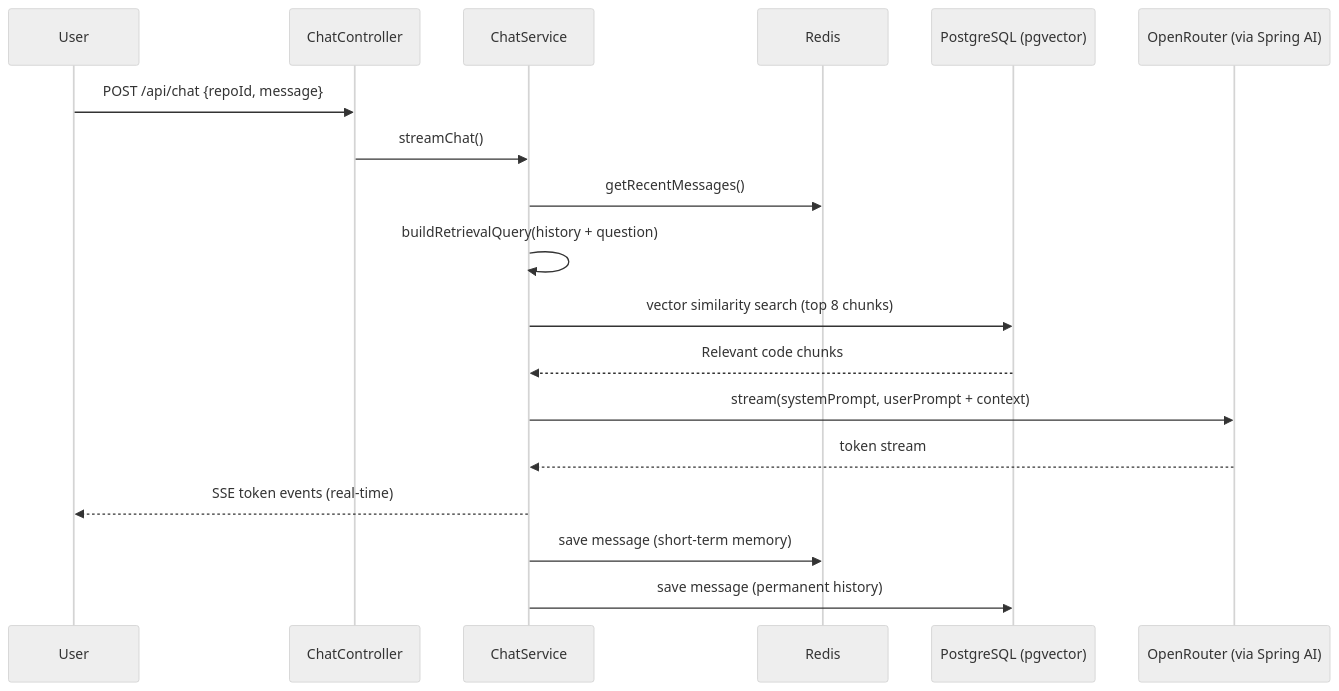
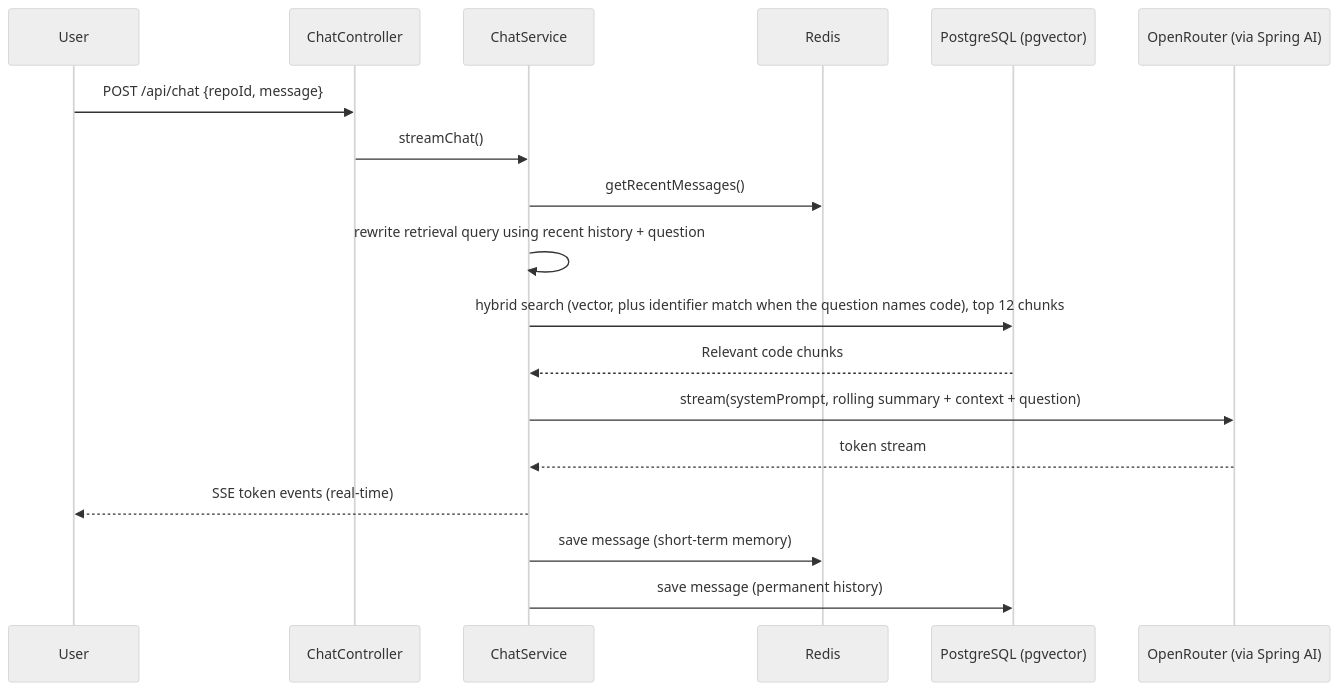
The third of 3 diagrams in README.md (2601Gautam/RepoMind), drawn with Mermaid (neutral theme) before and after one commit. The commit also changed other lines of this file and 146 other files, not shown here.

````diff
--- a/README.md
+++ b/README.md
@@ -176,21 +185,21 @@
 ```mermaid
 sequenceDiagram
     participant User
     participant API as ChatController
     participant Svc as ChatService
     participant Redis
     participant DB as PostgreSQL (pgvector)
     participant LLM as OpenRouter (via Spring AI)
 
     User->>API: POST /api/chat {repoId, message}
     API->>Svc: streamChat()
     Svc->>Redis: getRecentMessages()
-    Svc->>Svc: buildRetrievalQuery(history + question)
-    Svc->>DB: vector similarity search (top 8 chunks)
+    Svc->>Svc: rewrite retrieval query using recent history + question
+    Svc->>DB: hybrid search (vector, plus identifier match when the question names code), top 12 chunks
     DB-->>Svc: Relevant code chunks
-    Svc->>LLM: stream(systemPrompt, userPrompt + context)
+    Svc->>LLM: stream(systemPrompt, rolling summary + context + question)
     LLM-->>Svc: token stream
     Svc-->>User: SSE token events (real-time)
     Svc->>Redis: save message (short-term memory)
     Svc->>DB: save message (permanent history)
 ```
````
